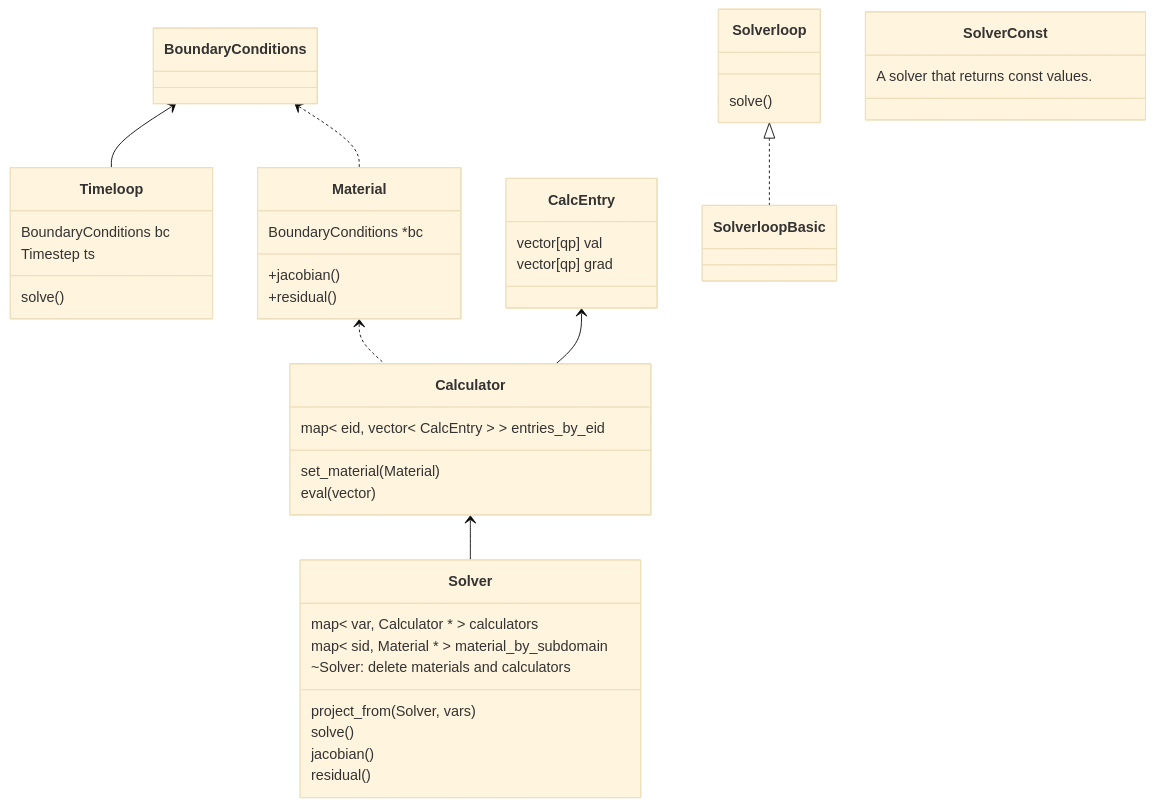
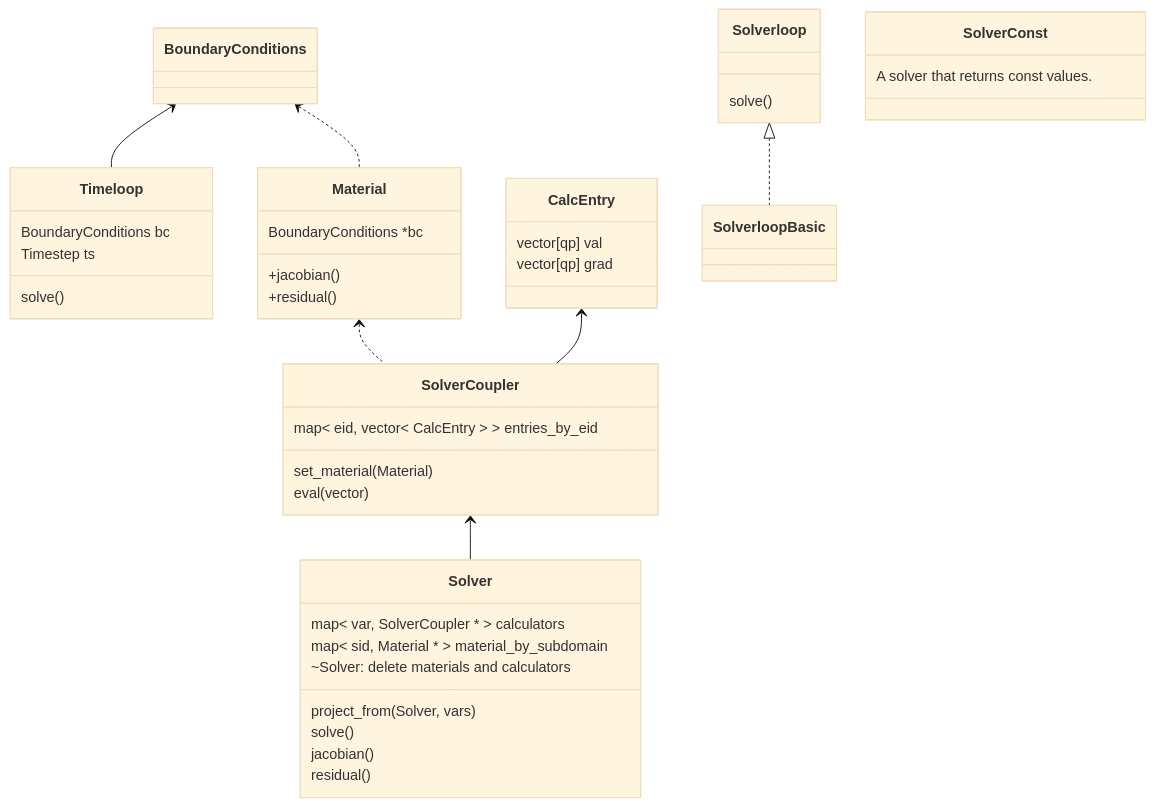
The first of 2 diagrams in doc/Description.md (rebpoli/harpy), drawn with Mermaid (base theme) before and after one commit. The commit also changed other lines of this file, not shown here.

````diff
--- a/doc/Description.md
+++ b/doc/Description.md
@@ -20,48 +20,48 @@
 ```mermaid
 %% Interfaces
 classDiagram
     class Timeloop { 
         BoundaryConditions bc
         Timestep ts
         solve()
     }
     BoundaryConditions <-- Timeloop
 
     class Solverloop {
         solve()
     }
 
     class Solver {
-        map< var, Calculator * > calculators
+        map< var, SolverCoupler * > calculators
         map< sid, Material * > material_by_subdomain
         ~Solver: delete materials and calculators
         project_from(Solver, vars)
         solve()
         jacobian()
         residual()
     }
     class SolverConst { A solver that returns const values.  }
 
 
     class Material {
         BoundaryConditions *bc
         +jacobian()
         +residual()
     }
     BoundaryConditions <.. Material
 
     class CalcEntry {
         vector[qp] val
         vector[qp] grad
     }
-    class Calculator {
+    class SolverCoupler {
         map< eid, vector< CalcEntry > > entries_by_eid
         set_material( Material )
         eval( vector<Point> )
     }
-    Material <.. Calculator
-    CalcEntry <-- Calculator
+    Material <.. SolverCoupler
+    CalcEntry <-- SolverCoupler
     Solverloop <|.. SolverloopBasic
-    Calculator <-- Solver
+    SolverCoupler <-- Solver
 
 ```
````
